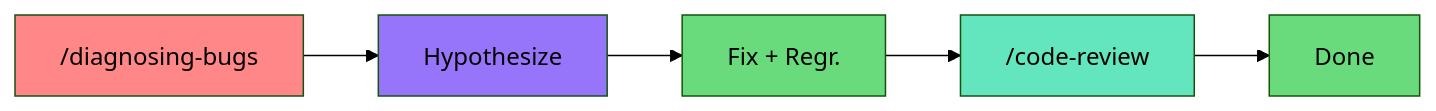
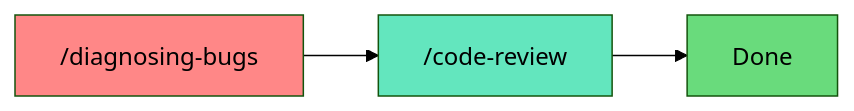
Before and after one commit to elisharkray1030/ai-coding-workflow: the ninth of 12 diagrams in README.md, drawn with Mermaid (forest theme). The commit also changed other lines of this file, not shown here.

Commit message:
simplify bug fix section: single prompt V4 Flash, remove hypothesize/fix+regr phases

````diff
--- a/README.md
+++ b/README.md
@@ -305,18 +300,13 @@
 ```mermaid
 graph LR
-    LO[ /diagnosing-bugs] --> HY[Hypothesize]
-    HY --> FX[Fix + Regr.]
-    FX --> CR[ /code-review]
+    LO[ /diagnosing-bugs] --> CR[ /code-review]
     CR --> DN[Done]
 
     classDef red fill:#ff8787,color:#000
-    classDef purple fill:#9775fa,color:#000
+    classDef teal fill:#63e6be,color:#000
     classDef green fill:#69db7c,color:#000
-    classDef teal fill:#63e6be,color:#000
 
     class LO red
-    class HY purple
-    class FX green
     class CR teal
     class DN green
 ```
````
